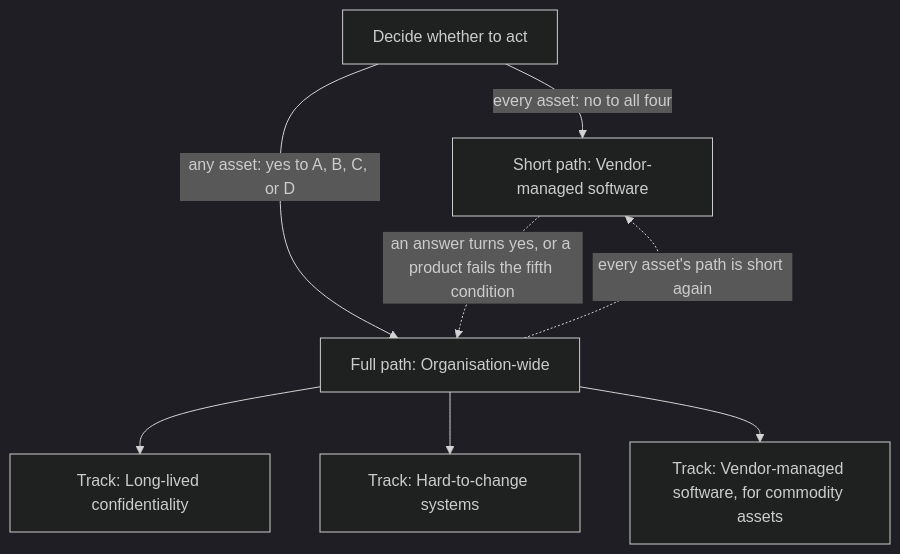
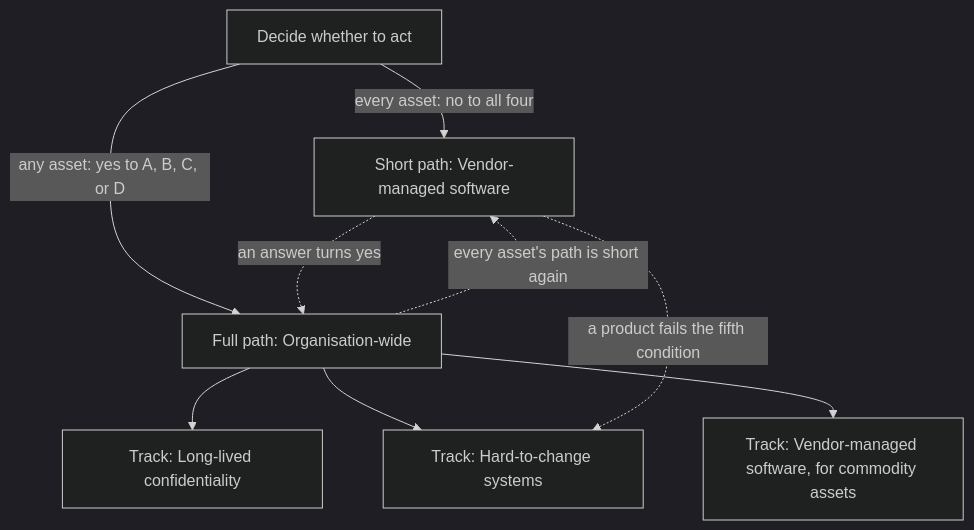
One commit to pqc-community/handbook changed the diagram in docs/routes/index.md. Above: the diagram before and after it, drawn with Mermaid (dark theme). The commit also changed other lines of this file and 7 other files, not shown here.

````diff
--- a/docs/routes/index.md
+++ b/docs/routes/index.md
@@ -17,10 +17,11 @@
 ```mermaid
 flowchart TD
     D[Decide whether to act] -->|every asset: no to all four| S[Short path: Vendor-managed software]
     D -->|any asset: yes to A, B, C, or D| O[Full path: Organisation-wide]
     O --> LL[Track: Long-lived confidentiality]
     O --> HC[Track: Hard-to-change systems]
     O --> VM[Track: Vendor-managed software, for commodity assets]
-    S -.->|an answer turns yes, or a product fails the fifth condition| O
+    S -.->|an answer turns yes| O
+    S -.->|a product fails the fifth condition| HC
     O -.->|every asset's path is short again| S
 ```
````
